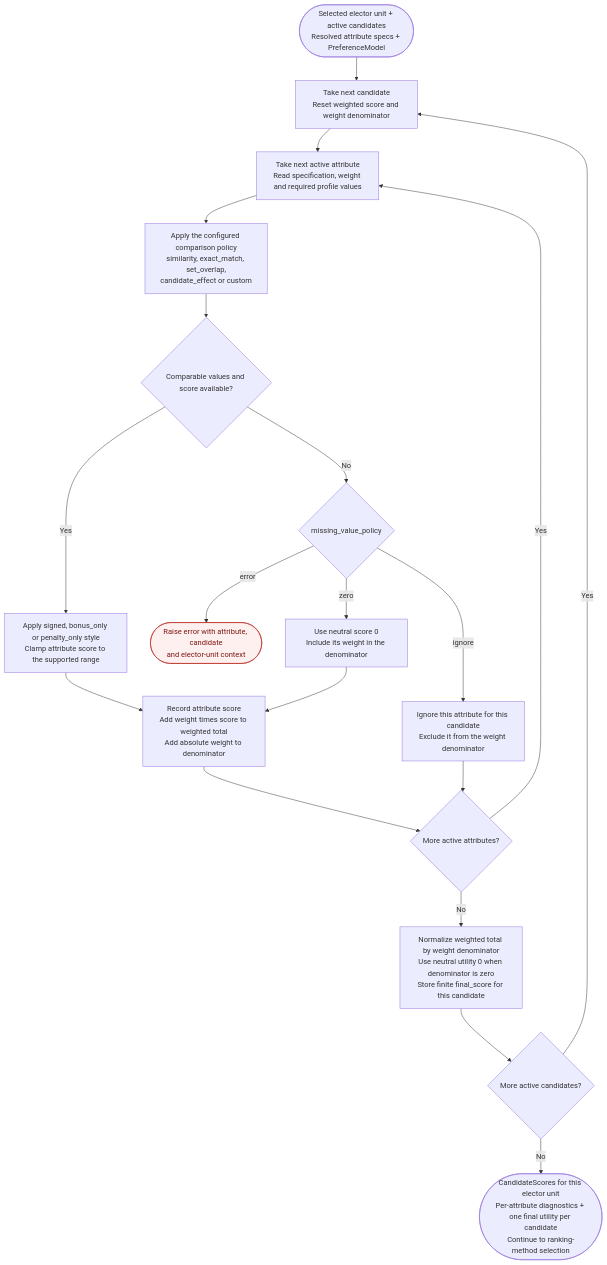
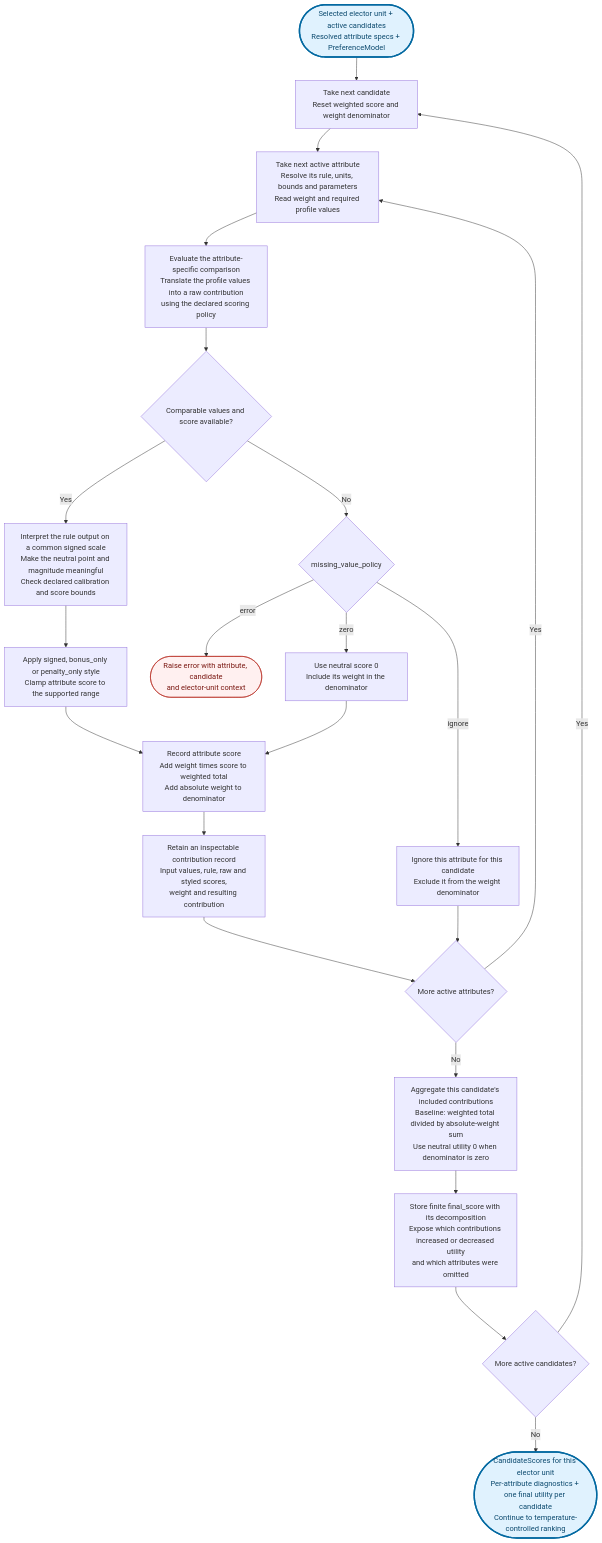
One commit to Muzammil-Cheema/PoliTech-Fair-Representation-Act changed the second of 2 diagrams in Documents/representational_workflow.md. Above: the diagram before and after it, drawn with Mermaid. The commit also changed other lines of this file, not shown here.

Commit message:
docs: simplification to representational layer documentation and intended ranking behavior.

````diff
--- a/Documents/representational_workflow.md
+++ b/Documents/representational_workflow.md
@@ -134,32 +150,37 @@
 ```mermaid
 flowchart TD
     S_START(["Selected elector unit + active candidates<br/>Resolved attribute specs + PreferenceModel"])
     S_CANDIDATE["Take next candidate<br/>Reset weighted score and weight denominator"]
-    S_ATTRIBUTE["Take next active attribute<br/>Read specification, weight and required profile values"]
-    S_COMPARE["Apply the configured comparison policy<br/>similarity, exact_match, set_overlap,<br/>candidate_effect or custom"]
+    S_ATTRIBUTE["Take next active attribute<br/>Resolve its rule, units, bounds and parameters<br/>Read weight and required profile values"]
+    S_COMPARE["Evaluate the attribute-specific comparison<br/>Translate the profile values into a raw contribution<br/>using the declared scoring policy"]
     S_AVAILABLE{"Comparable values and score available?"}
     S_MISSING{"missing_value_policy"}
     S_SKIP["Ignore this attribute for this candidate<br/>Exclude it from the weight denominator"]
     S_ZERO["Use neutral score 0<br/>Include its weight in the denominator"]
     S_FAIL(["Raise error with attribute, candidate<br/>and elector-unit context"])
+    S_SCALE["Interpret the rule output on a common signed scale<br/>Make the neutral point and magnitude meaningful<br/>Check declared calibration and score bounds"]
     S_STYLE["Apply signed, bonus_only or penalty_only style<br/>Clamp attribute score to the supported range"]
     S_WEIGHT["Record attribute score<br/>Add weight times score to weighted total<br/>Add absolute weight to denominator"]
+    S_TRACE["Retain an inspectable contribution record<br/>Input values, rule, raw and styled scores,<br/>weight and resulting contribution"]
     S_ATTR_MORE{"More active attributes?"}
-    S_FINAL["Normalize weighted total by weight denominator<br/>Use neutral utility 0 when denominator is zero<br/>Store finite final_score for this candidate"]
+    S_FINAL["Aggregate this candidate's included contributions<br/>Baseline: weighted total divided by absolute-weight sum<br/>Use neutral utility 0 when denominator is zero"]
+    S_AUDIT["Store finite final_score with its decomposition<br/>Expose which contributions increased or decreased utility<br/>and which attributes were omitted"]
     S_CAND_MORE{"More active candidates?"}
-    S_RESULT(["CandidateScores for this elector unit<br/>Per-attribute diagnostics + one final utility per candidate<br/>Continue to ranking-method selection"])
+    S_RESULT(["CandidateScores for this elector unit<br/>Per-attribute diagnostics + one final utility per candidate<br/>Continue to temperature-controlled ranking"])
 
     S_START --> S_CANDIDATE --> S_ATTRIBUTE --> S_COMPARE --> S_AVAILABLE
-    S_AVAILABLE -- Yes --> S_STYLE --> S_WEIGHT --> S_ATTR_MORE
+    S_AVAILABLE -- Yes --> S_SCALE --> S_STYLE --> S_WEIGHT --> S_TRACE --> S_ATTR_MORE
     S_AVAILABLE -- No --> S_MISSING
     S_MISSING -- ignore --> S_SKIP --> S_ATTR_MORE
     S_MISSING -- zero --> S_ZERO --> S_WEIGHT
     S_MISSING -- error --> S_FAIL
     S_ATTR_MORE -- Yes --> S_ATTRIBUTE
-    S_ATTR_MORE -- No --> S_FINAL --> S_CAND_MORE
+    S_ATTR_MORE -- No --> S_FINAL --> S_AUDIT --> S_CAND_MORE
     S_CAND_MORE -- Yes --> S_CANDIDATE
     S_CAND_MORE -- No --> S_RESULT
 
     classDef failure fill:#fff0f0,stroke:#b42318,color:#7a1711;
+    classDef detailed fill:#e0f2fe,stroke:#0369a1,stroke-width:3px,color:#0c4a6e;
     class S_FAIL failure;
+    class S_START,S_RESULT detailed;
 ```
````
